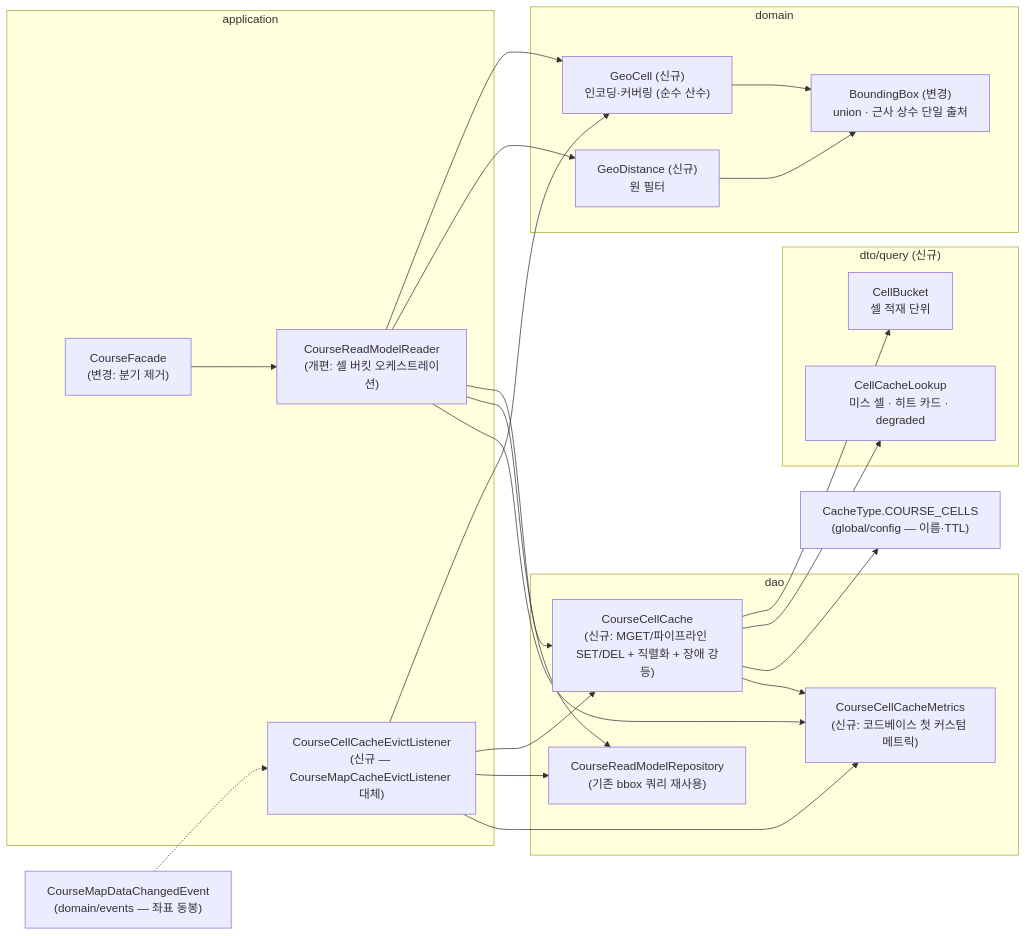
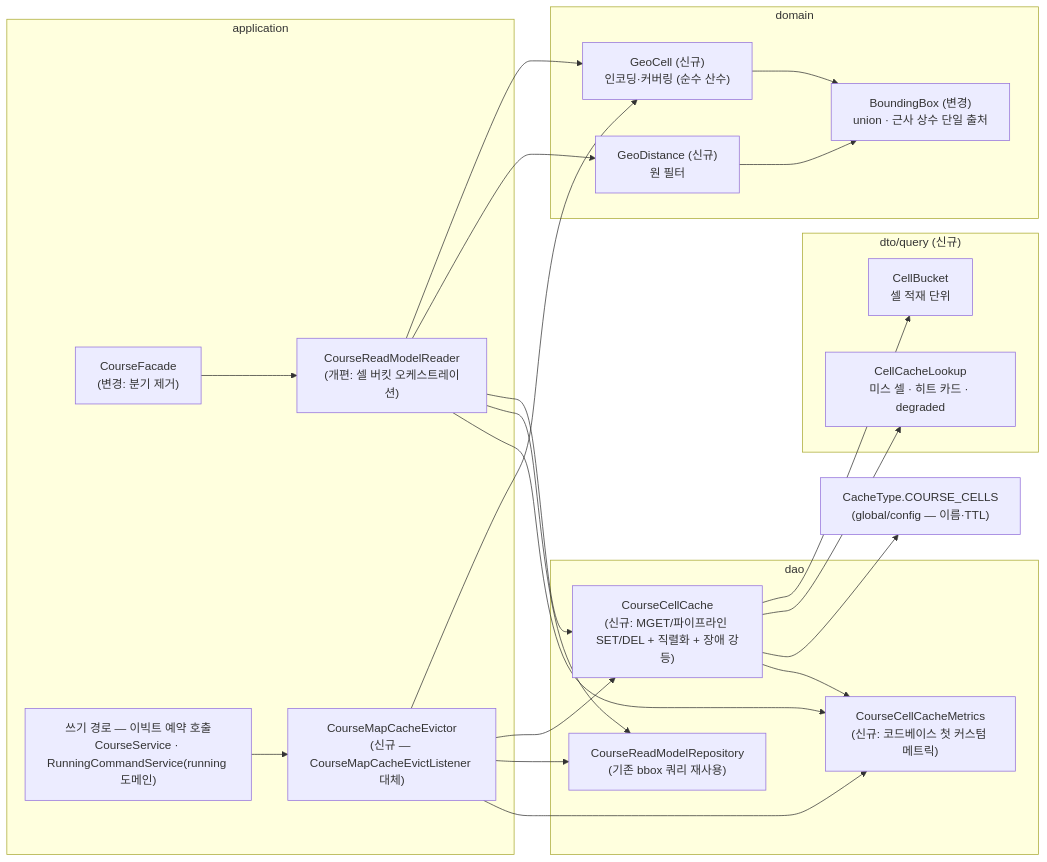
One commit to SGMRT/sgmrt-server changed the second of 2 diagrams in docs/refactoring/course-read-model/cache/08-cell-bucket-implementation.md. Above: the diagram before and after it, drawn with Mermaid. The commit also changed other lines of this file and 2 other files, not shown here.

First line of the commit message:
[SGMR-X] 문서: 이빅트 직접 호출 전환 반영

````diff
--- a/docs/refactoring/course-read-model/cache/08-cell-bucket-implementation.md
+++ b/docs/refactoring/course-read-model/cache/08-cell-bucket-implementation.md
@@ -55,31 +55,31 @@
 ```mermaid
 flowchart LR
     subgraph domain["domain"]
         GC["GeoCell (신규)<br/>인코딩·커버링 (순수 산수)"]
         GD["GeoDistance (신규)<br/>원 필터"]
         BB["BoundingBox (변경)<br/>union · 근사 상수 단일 출처"]
     end
     subgraph dto["dto/query (신규)"]
         CB["CellBucket<br/>셀 적재 단위"]
         CL["CellCacheLookup<br/>미스 셀 · 히트 카드 · degraded"]
     end
     subgraph application["application"]
         FC["CourseFacade<br/>(변경: 분기 제거)"]
         RD["CourseReadModelReader<br/>(개편: 셀 버킷 오케스트레이션)"]
-        EV["CourseCellCacheEvictListener<br/>(신규 — CourseMapCacheEvictListener 대체)"]
+        EV["CourseMapCacheEvictor<br/>(신규 — CourseMapCacheEvictListener 대체)"]
+        WR["쓰기 경로 — 이빅트 예약 호출<br/>CourseService · RunningCommandService(running 도메인)"]
     end
     subgraph infra["dao"]
         CC["CourseCellCache<br/>(신규: MGET/파이프라인 SET/DEL + 직렬화 + 장애 강등)"]
         MT["CourseCellCacheMetrics<br/>(신규: 코드베이스 첫 커스텀 메트릭)"]
         RP["CourseReadModelRepository<br/>(기존 bbox 쿼리 재사용)"]
     end
     CFG["CacheType.COURSE_CELLS<br/>(global/config — 이름·TTL)"]
-    EVT["CourseMapDataChangedEvent<br/>(domain/events — 좌표 동봉)"]
     FC --> RD
     RD --> GC & GD & CC & RP & MT
     GC --> BB
     GD --> BB
     CC --> CB & CL & CFG & MT
-    EVT -.-> EV
+    WR --> EV
     EV --> GC & CC & RP & MT
 ```
````
